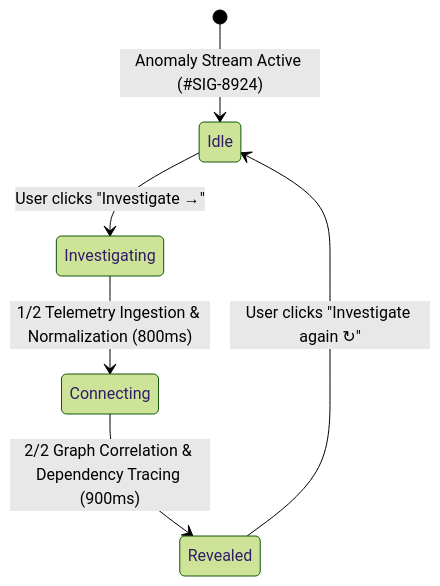
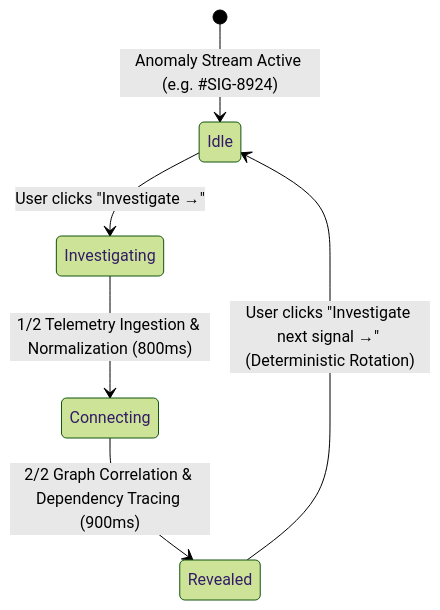
Before and after one commit to Yuvraj264/Signal-Acdyon-company-: the second of 7 diagrams in DECISIONS.md, drawn with Mermaid (forest theme). The commit also changed other lines of this file and 13 other files, not shown here.

````diff
--- a/DECISIONS.md
+++ b/DECISIONS.md
@@ -78,8 +78,8 @@
 ```mermaid
 stateDiagram-v2
-    [*] --> Idle: Anomaly Stream Active (#SIG-8924)
+    [*] --> Idle: Anomaly Stream Active (e.g. #SIG-8924)
     Idle --> Investigating: User clicks "Investigate →"
     Investigating --> Connecting: 1/2 Telemetry Ingestion & Normalization (800ms)
     Connecting --> Revealed: 2/2 Graph Correlation & Dependency Tracing (900ms)
-    Revealed --> Idle: User clicks "Investigate again ↻"
+    Revealed --> Idle: User clicks "Investigate next signal →" (Deterministic Rotation)
 ```
````
